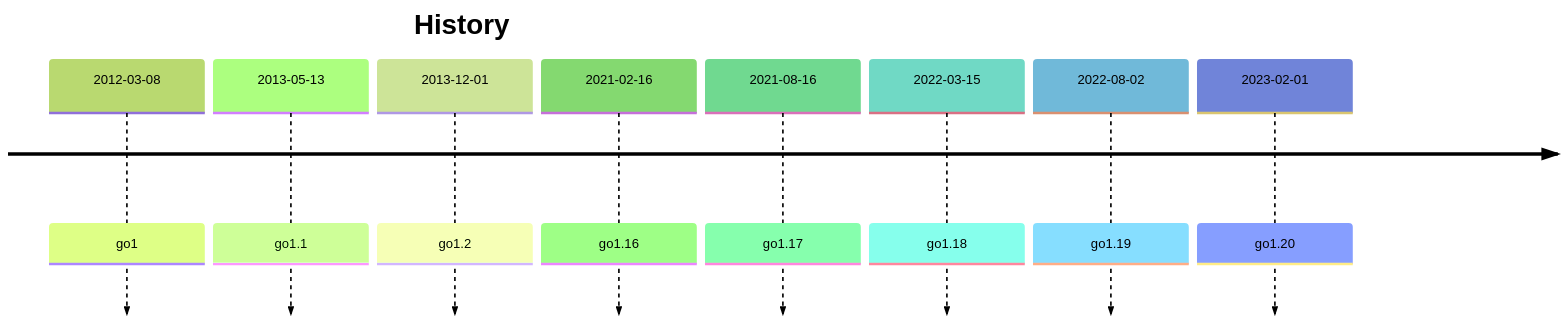
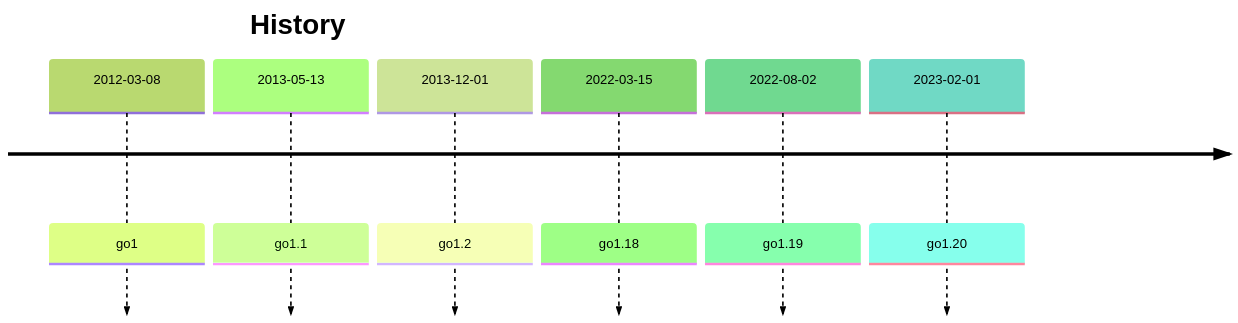
The diagram in README.md (o7q2ab/gonotes), drawn with Mermaid (forest theme) before and after one commit.

````diff
--- a/README.md
+++ b/README.md
@@ -31,12 +31,10 @@
 ```mermaid
 timeline
     title History
     2012-03-08 : go1
     2013-05-13 : go1.1
     2013-12-01 : go1.2
-    2021-02-16 : go1.16
-    2021-08-16 : go1.17
     2022-03-15 : go1.18
     2022-08-02 : go1.19
     2023-02-01 : go1.20
 ```
````
